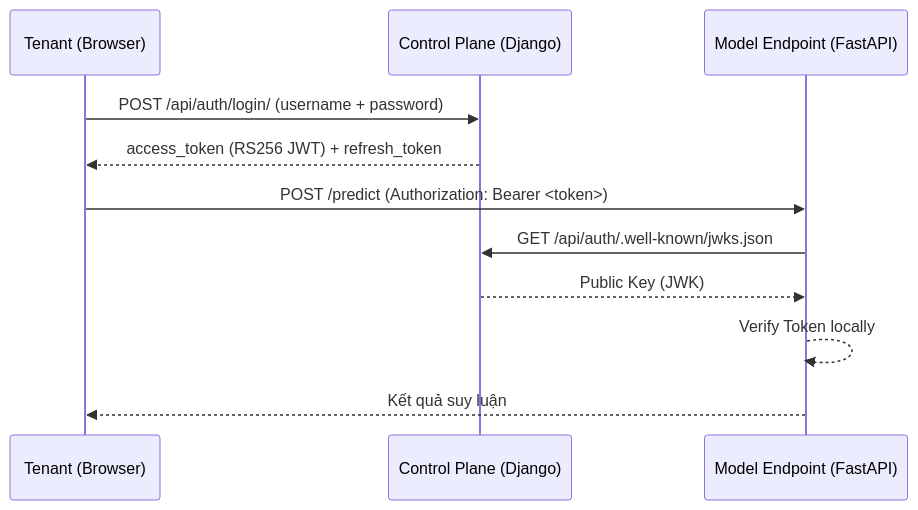
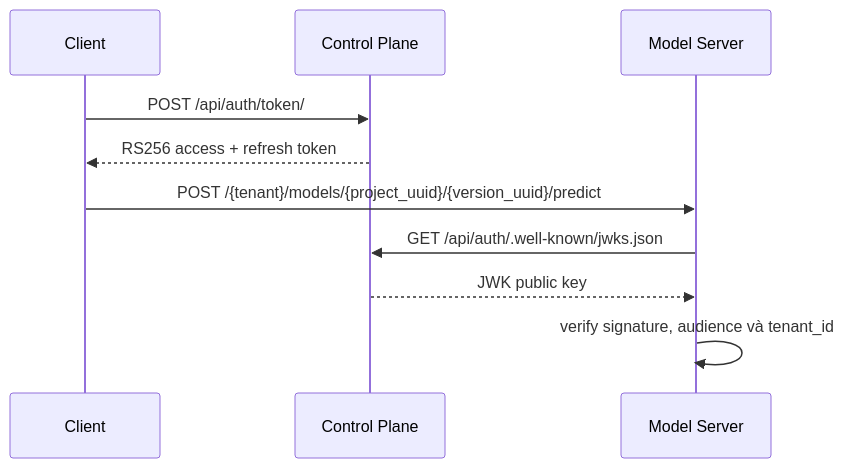
The second of 6 diagrams in ARCHITECTURE.md (Viet-Hoang-2005/AdaptML), drawn with Mermaid before and after one commit. The commit also changed other lines of this file and 8 other files, not shown here.

````diff
--- a/ARCHITECTURE.md
+++ b/ARCHITECTURE.md
@@ -87,15 +95,13 @@
 ```mermaid
 sequenceDiagram
-    participant USER as Tenant (Browser)
-    participant CP as Control Plane (Django)
-    participant ENDPOINT as Model Endpoint (FastAPI)
+    participant Client
+    participant CP as Control Plane
+    participant Gateway as Model Server
 
-    USER->>CP: POST /api/auth/login/ (username + password)
-    CP-->>USER: access_token (RS256 JWT) + refresh_token
-
-    USER->>ENDPOINT: POST /predict (Authorization: Bearer <token>)
-    ENDPOINT->>CP: GET /api/auth/.well-known/jwks.json
-    CP-->>ENDPOINT: Public Key (JWK)
-    ENDPOINT-->>ENDPOINT: Verify Token locally
-    ENDPOINT-->>USER: Kết quả suy luận
+    Client->>CP: POST /api/auth/token/
+    CP-->>Client: RS256 access + refresh token
+    Client->>Gateway: POST /{tenant}/models/{project_uuid}/{version_uuid}/predict
+    Gateway->>CP: GET /api/auth/.well-known/jwks.json
+    CP-->>Gateway: JWK public key
+    Gateway->>Gateway: verify signature, audience và tenant_id
 ```
````
